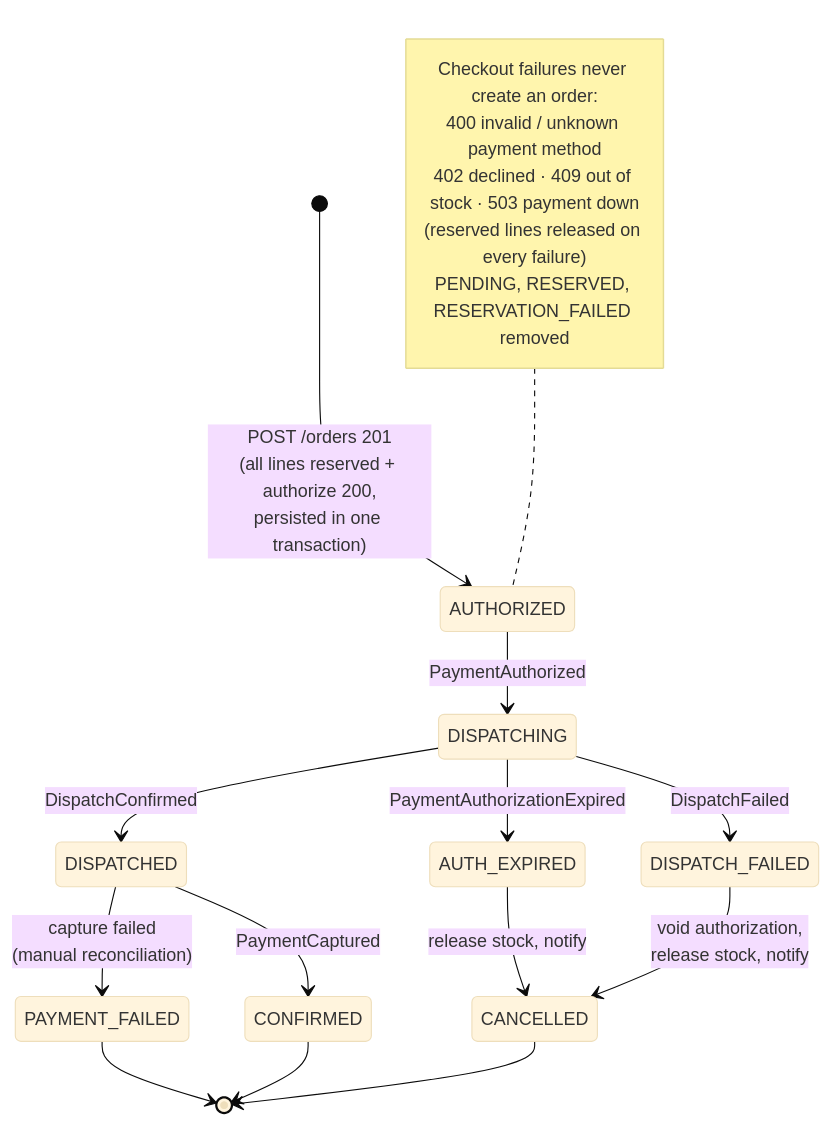
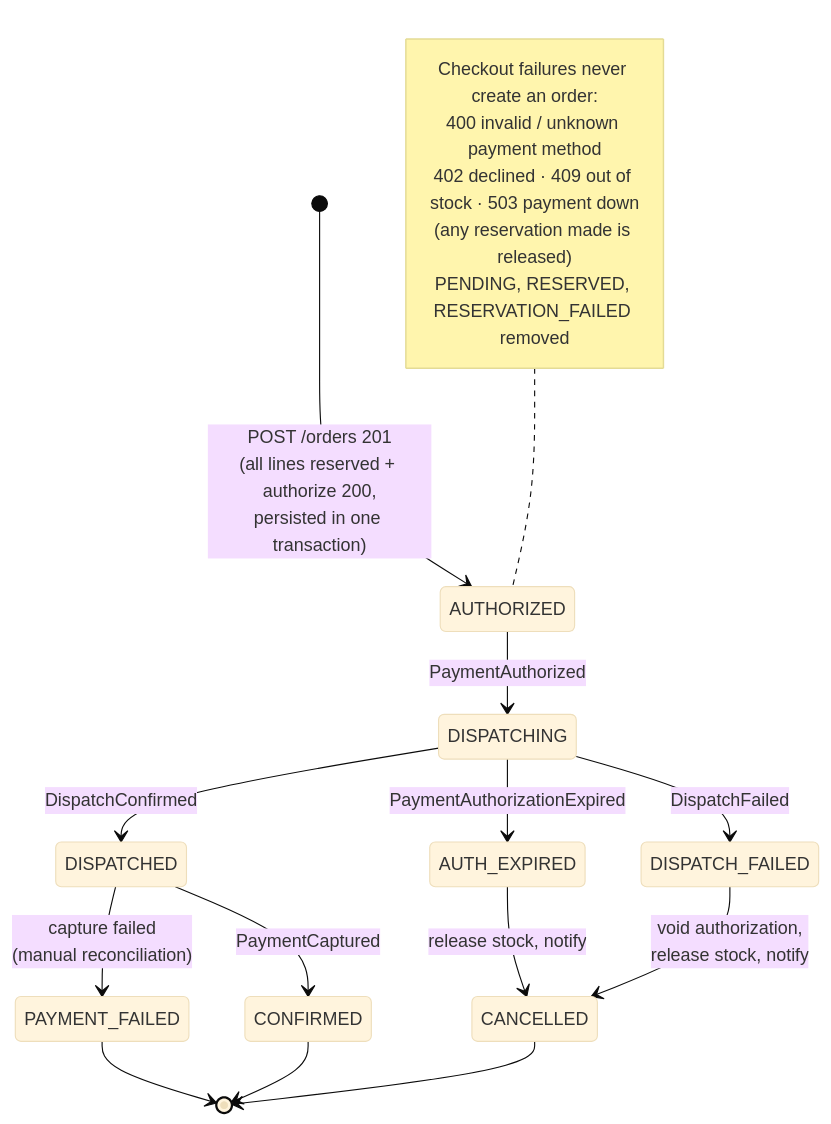
Before and after one commit to beckfordp/gluon: the diagram in docs/diagrams/order-state-model.mmd, drawn with Mermaid (base theme). The commit also changed 9 other files, not shown here.

```diff
--- a/docs/diagrams/order-state-model.mmd
+++ b/docs/diagrams/order-state-model.mmd
@@ -1,25 +1,25 @@
 stateDiagram-v2
     [*] --> AUTHORIZED: POST /orders 201<br/>(all lines reserved + authorize 200,<br/>persisted in one transaction)
 
     note left of AUTHORIZED
         Checkout failures never create an order:
         400 invalid / unknown payment method
         402 declined · 409 out of stock · 503 payment down
-        (reserved lines released on every failure)
+        (any reservation made is released)
         PENDING, RESERVED, RESERVATION_FAILED removed
     end note
 
     AUTHORIZED --> DISPATCHING: PaymentAuthorized
     DISPATCHING --> DISPATCHED: DispatchConfirmed
     DISPATCHING --> DISPATCH_FAILED: DispatchFailed
     DISPATCHING --> AUTH_EXPIRED: PaymentAuthorizationExpired
 
     DISPATCHED --> CONFIRMED: PaymentCaptured
     DISPATCHED --> PAYMENT_FAILED: capture failed<br/>(manual reconciliation)
 
     AUTH_EXPIRED --> CANCELLED: release stock, notify
     DISPATCH_FAILED --> CANCELLED: void authorization,<br/>release stock, notify
 
     PAYMENT_FAILED --> [*]
     CONFIRMED --> [*]
     CANCELLED --> [*]
```
